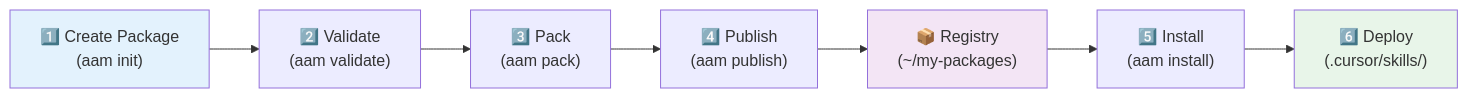
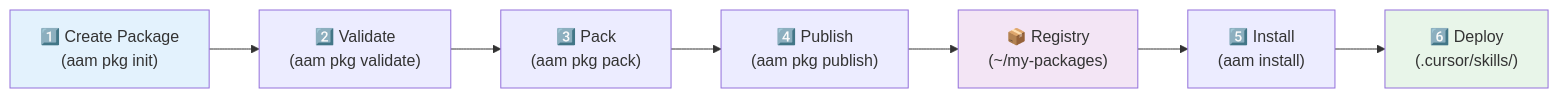
One commit to spazyCZ/agent-package-manager changed the diagram in docs/user_docs/docs/getting-started/quickstart.md. Above: the diagram before and after it, drawn with Mermaid. The commit also changed other lines of this file and 80 other files, not shown here.

````diff
--- a/docs/user_docs/docs/getting-started/quickstart.md
+++ b/docs/user_docs/docs/getting-started/quickstart.md
@@ -421,13 +424,13 @@
 ```mermaid
 flowchart LR
-    Create["1️⃣ Create Package<br/>(aam init)"] --> Validate["2️⃣ Validate<br/>(aam validate)"]
-    Validate --> Pack["3️⃣ Pack<br/>(aam pack)"]
-    Pack --> Publish["4️⃣ Publish<br/>(aam publish)"]
+    Create["1️⃣ Create Package<br/>(aam pkg init)"] --> Validate["2️⃣ Validate<br/>(aam pkg validate)"]
+    Validate --> Pack["3️⃣ Pack<br/>(aam pkg pack)"]
+    Pack --> Publish["4️⃣ Publish<br/>(aam pkg publish)"]
     Publish --> Registry["📦 Registry<br/>(~/my-packages)"]
     Registry --> Install["5️⃣ Install<br/>(aam install)"]
     Install --> Deploy["6️⃣ Deploy<br/>(.cursor/skills/)"]
 
     style Create fill:#e3f2fd
     style Registry fill:#f3e5f5
     style Deploy fill:#e8f5e9
 ```
````
